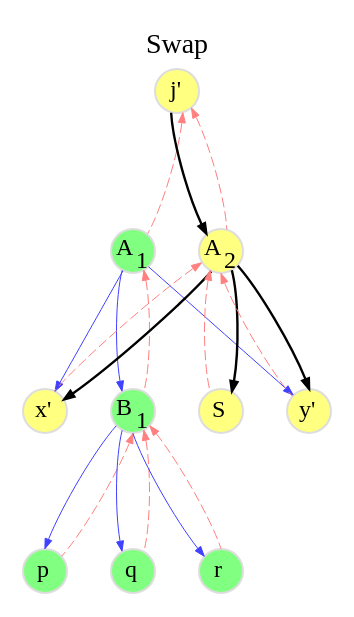
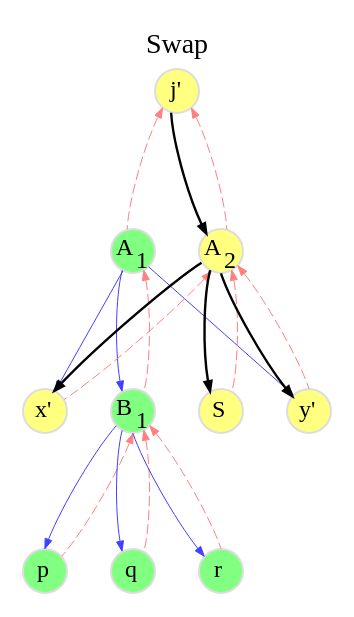
One commit to flatcap/dparted changed the diagram in docs/rcu/delete/d5.gv. Above: the diagram before and after it, drawn with Graphviz. The commit also changed 10 other files, not shown here.

```diff
--- a/docs/rcu/delete/d5.gv
+++ b/docs/rcu/delete/d5.gv
@@ -1,67 +1,94 @@
 digraph delete {
 	graph [
 		rankdir="TB"
 		bgcolor="white"
 		color="white"
 		nodesep="0.3"
 		ranksep="0.8"
 		labelloc="t"
 		label="Swap"
 	];
 
 	node [
 		fontsize="12"
 		style="filled"
 		width="0.3"
 		height="0.3"
 		fixedsize="true"
 		penwidth="1.0"
 		color="#DDDDDD"
-		fillcolor="#80ff80"
 	];
 
 	edge [
 		penwidth="0.5"
 		color="#000000"
 		arrowsize="0.5"
 	];
 
 
-	E_j  [ label=<j'>            fillcolor="#ffff80" ];
-	E_a1 [ label=<A<SUB>1</SUB>>                     ];
-	E_x  [ label=<x'>            fillcolor="#ffff80" ];
-	E_b1 [ label=<B<SUB>1</SUB>>                     ];
-	E_s  [ label=<S>             fillcolor="#ffff80" ];
-	E_y  [ label=<y'>            fillcolor="#ffff80" ];
-	E_p  [ label=<p>                                 ];
-	E_q  [ label=<q>                                 ];
-	E_r  [ label=<r>                                 ];
-	E_a2 [ label=<A<SUB>2</SUB>> fillcolor="#ffff80" ];
+	node [	// original
+		fillcolor="#80ff80"
+	];
 
-	E_j  -> E_a1 [ style=invis  ];
-	E_j  -> E_a2 [ penwidth=1.2 ];
+	E_a1 [ label=<A<SUB>1</SUB>> ];
+	E_b1 [ label=<B<SUB>1</SUB>> ];
+	E_p  [ label=<p>             ];
+	E_q  [ label=<q>             ];
+	E_r  [ label=<r>             ];
 
-	E_b1 -> E_p  [ color="#4040ff" ];
-	E_b1 -> E_q  [ color="#4040ff" ];
-	E_b1 -> E_r  [ color="#4040ff" ];
-	E_a1 -> E_x  [ color="#4040ff" ];
-	E_a1 -> E_b1 [ color="#4040ff" ];
-	E_a1 -> E_y  [ color="#4040ff" ];
+	node [	// changed
+		fillcolor="#ffff80"
+	];
 
-	E_j  -> E_a1 [ dir=back color="#ff8080" style=dashed ];
-	E_j  -> E_a2 [ dir=back color="#ff8080" style=dashed ];
-	E_a2 -> E_x  [ dir=back color="#ff8080" style=dashed ];
-	E_a1 -> E_b1 [ dir=back color="#ff8080" style=dashed ];
-	E_a2 -> E_y  [ dir=back color="#ff8080" style=dashed ];
-	E_b1 -> E_p  [ dir=back color="#ff8080" style=dashed ];
-	E_b1 -> E_q  [ dir=back color="#ff8080" style=dashed ];
-	E_b1 -> E_r  [ dir=back color="#ff8080" style=dashed ];
-	E_a2 -> E_s  [ dir=back color="#ff8080" style=dashed ];
+	E_j  [ label=<j'>            ];
+	E_x  [ label=<x'>            ];
+	E_s  [ label=<S>             ];
+	E_y  [ label=<y'>            ];
+	E_a2 [ label=<A<SUB>2</SUB>> ];
 
-	E_a2 -> E_x  [ penwidth=1.2 ];
-	E_a2 -> E_s  [ penwidth=1.2 ];
-	E_a2 -> E_y  [ penwidth=1.2 ];
+	edge [	// main line
+		penwidth=1.2;
+	];
 
-	E_x -> E_b1 -> E_s -> E_y [ style=invis ];
+	E_j  -> E_a2;
+	E_a2 -> E_x;
+	E_a2 -> E_s;
+	E_a2 -> E_y;
+
+	edge [	// copy
+		penwidth=0.5;
+		color="#4040ff";
+	];
+
+	E_b1 -> E_p;
+	E_b1 -> E_q;
+	E_b1 -> E_r;
+	E_a1 -> E_x;
+	E_a1 -> E_b1;
+	E_a1 -> E_y;
+
+	edge [	// parent
+		dir=back;
+		penwidth=0.5;
+		color="#ff8080";
+		style=dashed;
+	];
+
+	E_j  -> E_a1;
+	E_j  -> E_a2;
+	E_a2 -> E_x;
+	E_a1 -> E_b1;
+	E_a2 -> E_y;
+	E_b1 -> E_p;
+	E_b1 -> E_q;
+	E_b1 -> E_r;
+	E_a2 -> E_s;
+
+	edge [	// invisible
+		style=invis;
+	];
+
+	E_j -> E_a1;
+	E_x -> E_b1 -> E_s -> E_y;
 	{ rank=same E_x E_b1 E_s E_y }
 }
```
